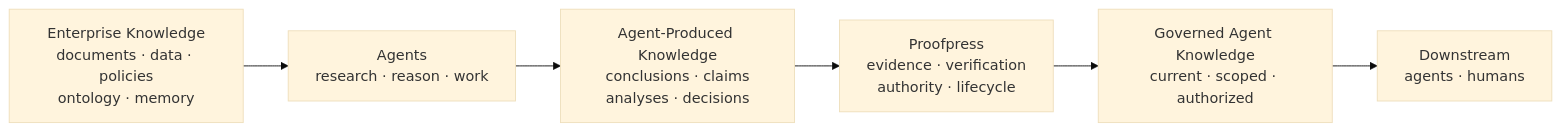
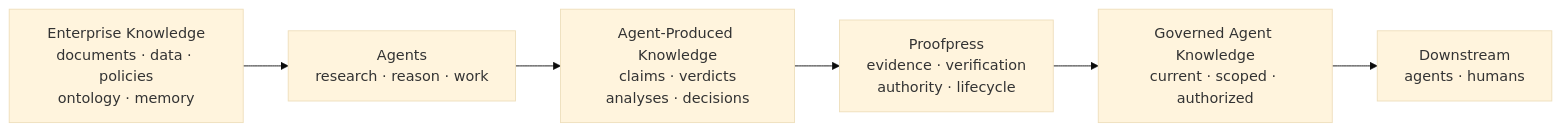
Before and after one commit to chenmingtang830/proofpress: the first of 2 diagrams in docs/THESIS.md, drawn with Mermaid (base theme). The commit also changed other lines of this file and 91 other files, not shown here.

````diff
--- a/docs/THESIS.md
+++ b/docs/THESIS.md
@@ -29,10 +29,10 @@
 ```mermaid
 flowchart LR
   EK["Enterprise Knowledge<br/>documents · data · policies<br/>ontology · memory"]
   A["Agents<br/>research · reason · work"]
-  APK["Agent-Produced Knowledge<br/>conclusions · claims<br/>analyses · decisions"]
+  APK["Agent-Produced Knowledge<br/>claims · verdicts<br/>analyses · decisions"]
   PP["Proofpress<br/>evidence · verification<br/>authority · lifecycle"]
   GK["Governed Agent Knowledge<br/>current · scoped · authorized"]
   D["Downstream<br/>agents · humans"]
   EK --> A --> APK --> PP --> GK --> D
 ```
````
